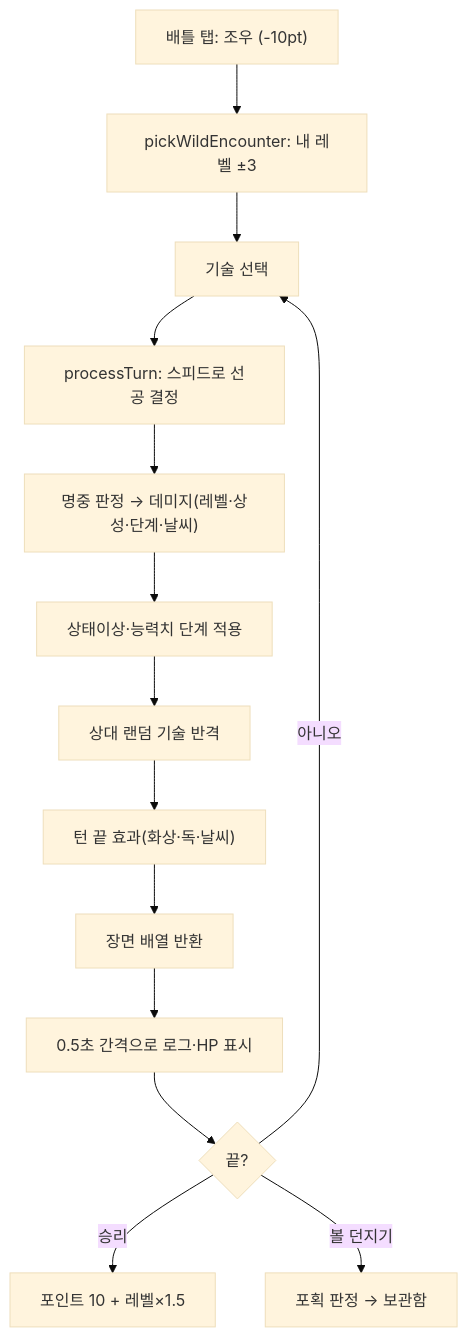
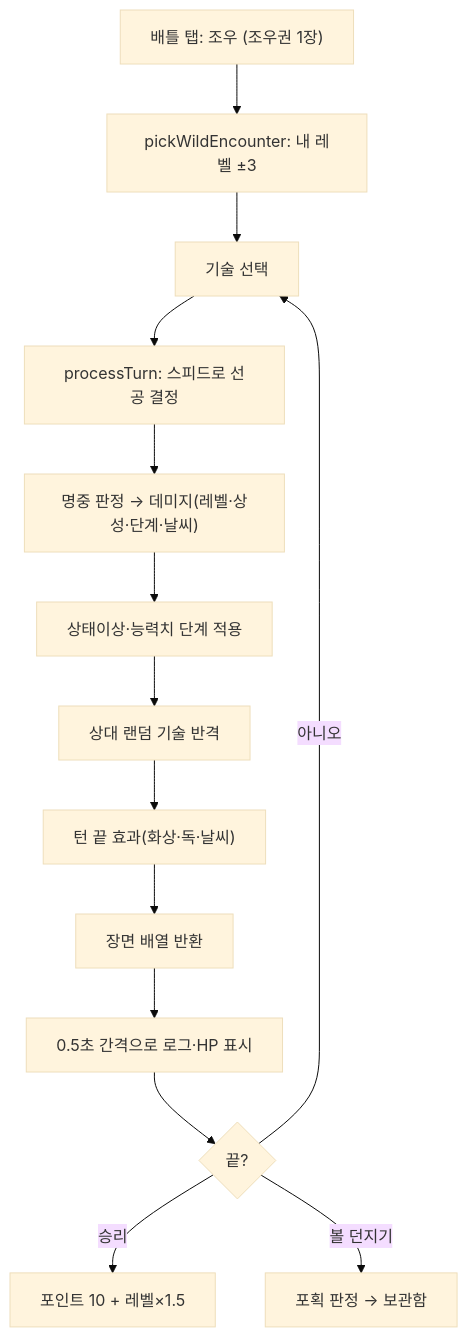
Before and after one commit to ESeungJun/poketmon_idle: the second of 3 diagrams in docs/구현도.md, drawn with Mermaid (base theme). The commit also changed other lines of this file and 36 other files, not shown here.

````diff
--- a/docs/구현도.md
+++ b/docs/구현도.md
@@ -71,16 +71,16 @@
 ```mermaid
 flowchart TD
-  A["배틀 탭: 조우 (-10pt)"] --> B["pickWildEncounter: 내 레벨 ±3"]
+  A["배틀 탭: 조우 (조우권 1장)"] --> B["pickWildEncounter: 내 레벨 ±3"]
   B --> C["기술 선택"]
   C --> D["processTurn: 스피드로 선공 결정"]
   D --> E["명중 판정 → 데미지(레벨·상성·단계·날씨)"]
   E --> F["상태이상·능력치 단계 적용"]
   F --> G["상대 랜덤 기술 반격"]
   G --> H["턴 끝 효과(화상·독·날씨)"]
   H --> I["장면 배열 반환"]
   I --> J["0.5초 간격으로 로그·HP 표시"]
   J --> K{"끝?"}
   K -- "아니오" --> C
   K -- "승리" --> W["포인트 10 + 레벨×1.5"]
   K -- "볼 던지기" --> CAP["포획 판정 → 보관함"]
 ```
````
